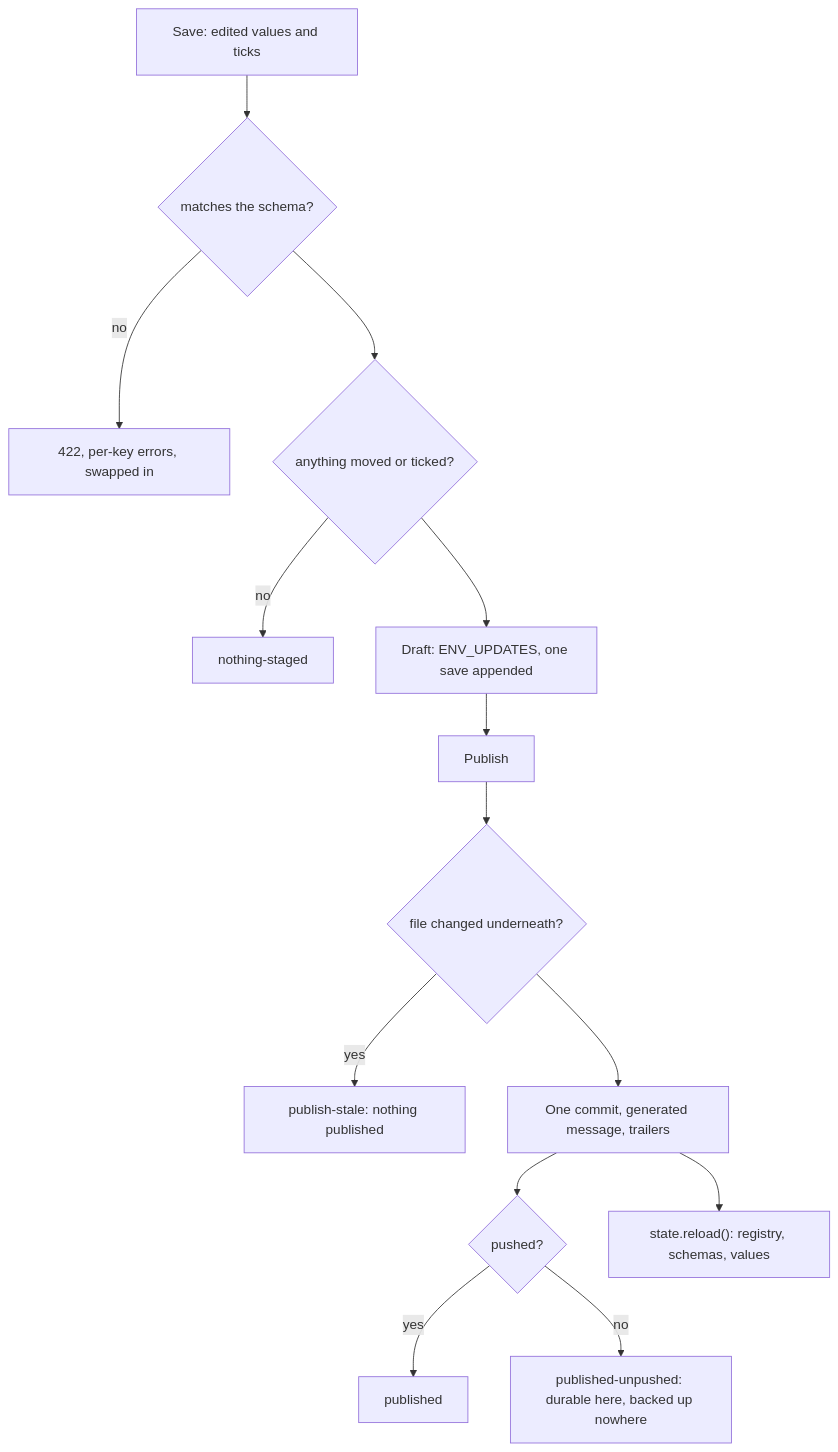
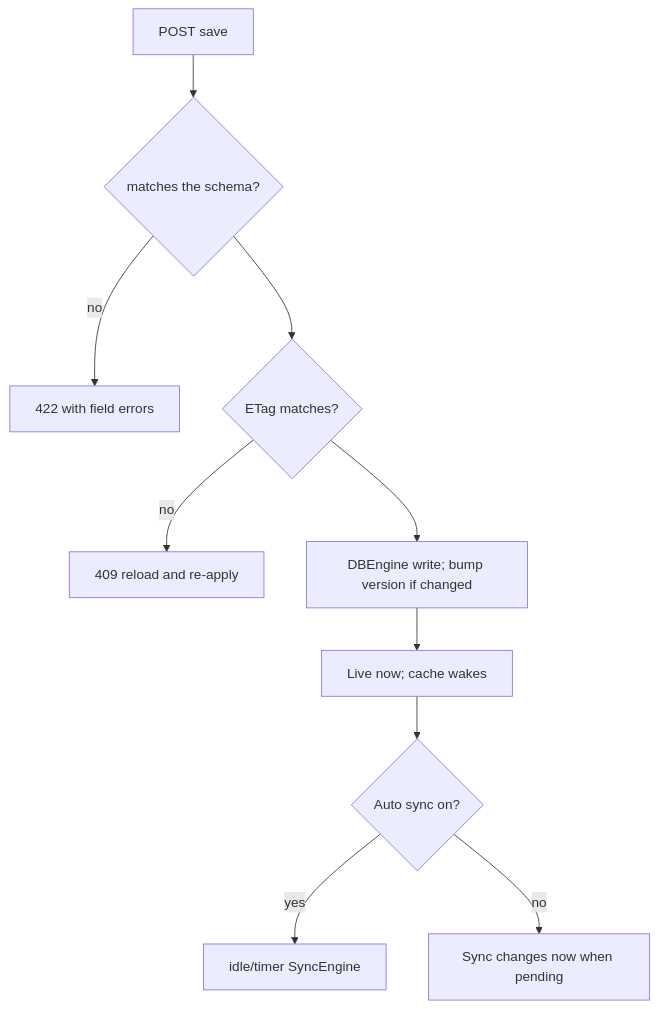
Before and after one commit to AnudeepChPaul/config.anudeep.pro: the third of 8 diagrams in docs/flow-diagrams.md, drawn with Mermaid. The commit also changed other lines of this file and 109 other files, not shown here.

Commit message:
now we direct write on files.

````diff
--- a/docs/flow-diagrams.md
+++ b/docs/flow-diagrams.md
@@ -48,16 +48,12 @@
 ```mermaid
 flowchart TD
-    Save["Save: edited values and ticks"] --> Validate{"matches the schema?"}
-    Validate -->|"no"| Errors["422, per-key errors, swapped in"]
-    Validate --> Moved{"anything moved or ticked?"}
-    Moved -->|"no"| Nothing["nothing-staged"]
-    Moved --> Draft["Draft: ENV_UPDATES, one save appended"]
-    Draft --> Publish["Publish"]
-    Publish --> Stale{"file changed underneath?"}
-    Stale -->|"yes"| Conflict["publish-stale: nothing published"]
-    Stale --> Commit["One commit, generated message, trailers"]
-    Commit --> Push{"pushed?"}
-    Push -->|"yes"| Done["published"]
-    Push -->|"no"| Local["published-unpushed: durable here, backed up nowhere"]
-    Commit --> Reload["state.reload(): registry, schemas, values"]
+    Save["POST save"] --> Validate{"matches the schema?"}
+    Validate -->|no| R422["422 with field errors"]
+    Validate --> Cas{"ETag matches?"}
+    Cas -->|no| R409["409 reload and re-apply"]
+    Cas --> Write["DBEngine write; bump version if changed"]
+    Write --> Live["Live now; cache wakes"]
+    Live --> Backup{"Auto sync on?"}
+    Backup -->|yes| Idle["idle/timer SyncEngine"]
+    Backup -->|no| Manual["Sync changes now when pending"]
 ```
````
